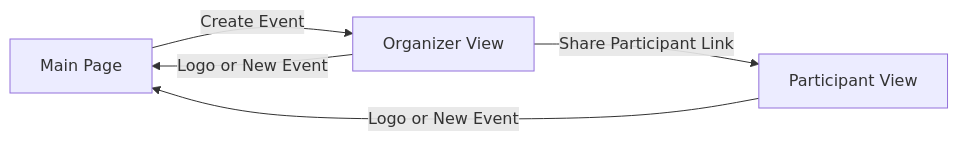
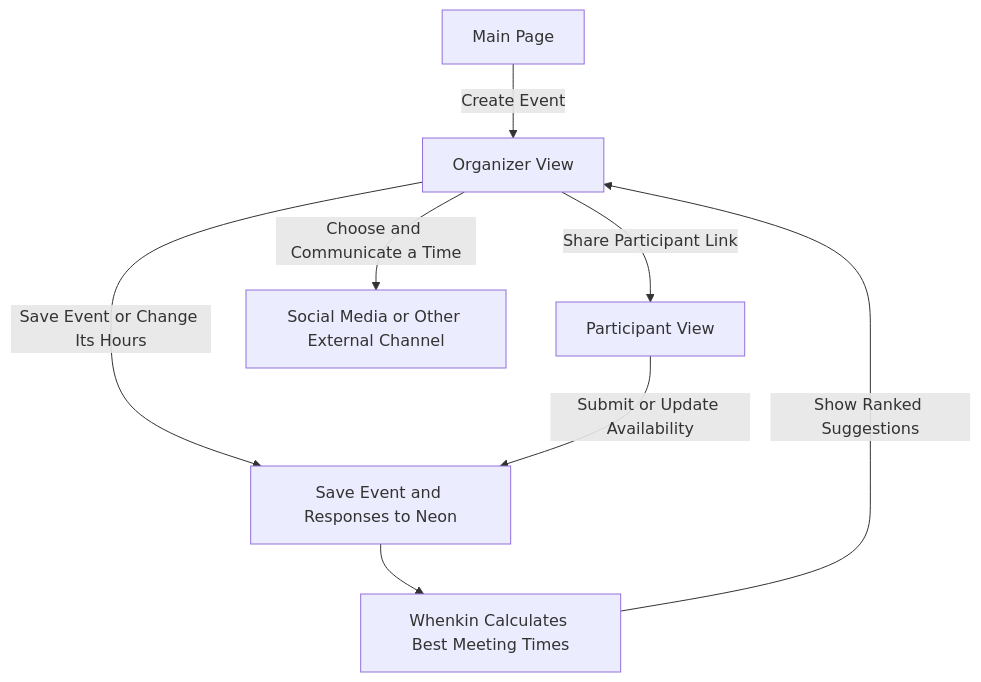
Before and after one commit to jimmy181211/whenkin: the first of 2 diagrams in README.md, drawn with Mermaid. The commit also changed other lines of this file and 1 other file, not shown here.

Commit message:
Show the complete scheduling loop in the top-level overview
Include participant submissions and updates, a single shared Neon storage step, calculation of best meeting times, ranked suggestions returned to the organizer, and external communication of the chosen time. Keep the detailed privacy, storage, and editing diagrams unchanged.

````diff
--- a/README.md
+++ b/README.md
@@ -9,7 +9,10 @@
 ```mermaid
-flowchart LR
+flowchart TD
   H["Main Page"] -->|"Create Event"| O["Organizer View"]
   O -->|"Share Participant Link"| P["Participant View"]
-  O -->|"Logo or New Event"| H
-  P -->|"Logo or New Event"| H
+  O -->|"Save Event or Change Its Hours"| N["Save Event and Responses to Neon"]
+  P -->|"Submit or Update Availability"| N
+  N --> C["Whenkin Calculates Best Meeting Times"]
+  C -->|"Show Ranked Suggestions"| O
+  O -->|"Choose and Communicate a Time"| F["Social Media or Other External Channel"]
 ```
````
